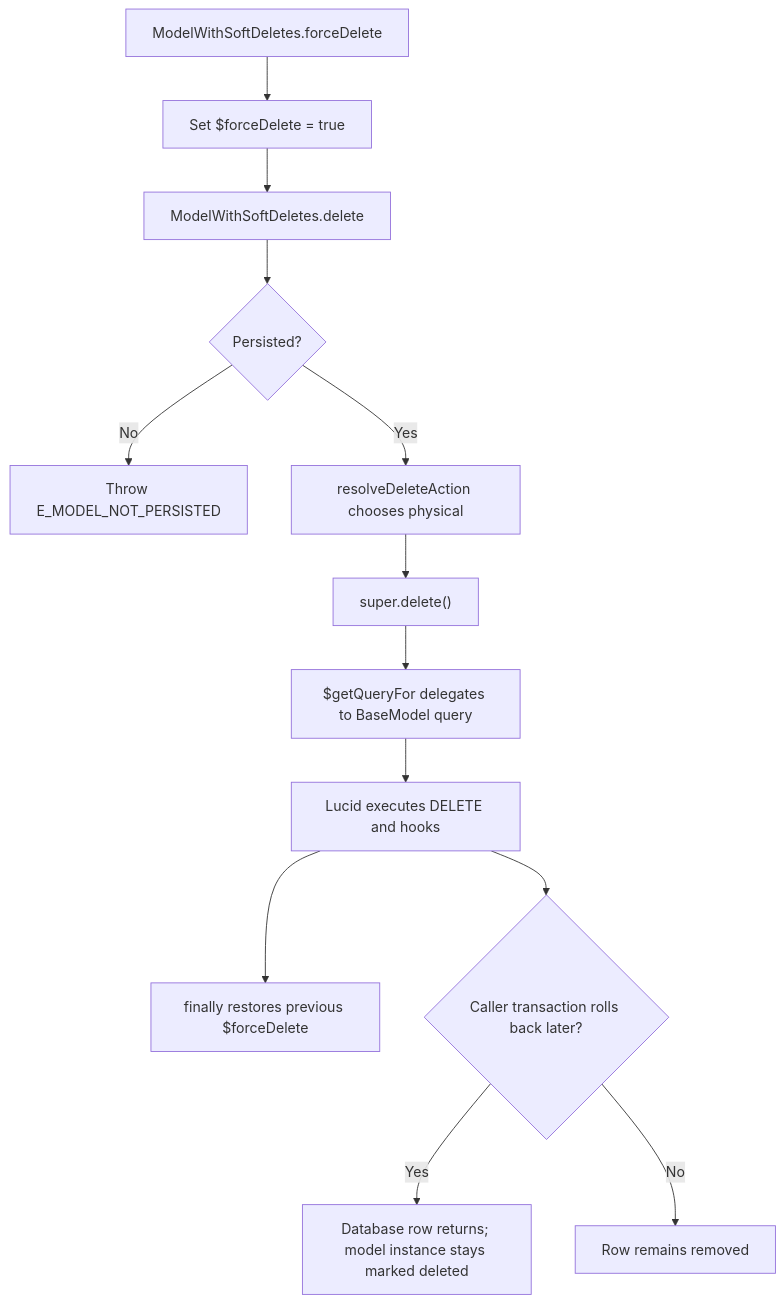
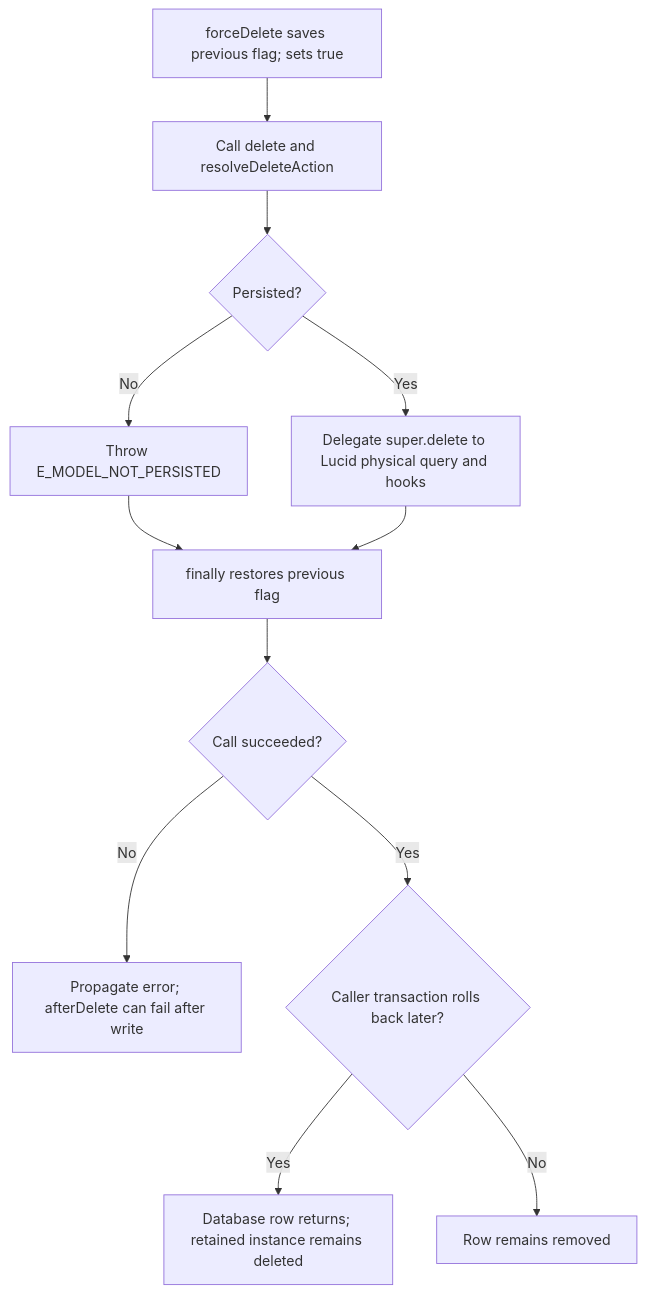
One commit to Kevinjohn/oss-adonisjs-lucid-soft-delete changed the second of 2 diagrams in user-stories/purge-instance/us-app-04-purge-instance.md. Above: the diagram before and after it, drawn with Mermaid. The commit also changed 26 other files, not shown here.

````diff
--- a/user-stories/purge-instance/us-app-04-purge-instance.md
+++ b/user-stories/purge-instance/us-app-04-purge-instance.md
@@ -37,15 +37,11 @@
 ```mermaid
 flowchart TD
-    A["ModelWithSoftDeletes.forceDelete"] --> B["Set $forceDelete = true"]
-    B --> C["ModelWithSoftDeletes.delete"]
-    C --> U{"Persisted?"}
-    U -->|"No"| V["Throw E_MODEL_NOT_PERSISTED"]
-    U -->|"Yes"| D["resolveDeleteAction chooses physical"]
-    D --> E["super.delete()"]
-    E --> F["$getQueryFor delegates to BaseModel query"]
-    F --> G["Lucid executes DELETE and hooks"]
-    G --> H["finally restores previous $forceDelete"]
-    G --> I{"Caller transaction rolls back later?"}
-    I -->|Yes| J["Database row returns; model instance stays marked deleted"]
+    A["forceDelete saves previous flag; sets true"] --> B["Call delete and resolveDeleteAction"] --> C{"Persisted?"}
+    C -->|No| D["Throw E_MODEL_NOT_PERSISTED"] --> F["finally restores previous flag"]
+    C -->|Yes| E["Delegate super.delete to Lucid physical query and hooks"] --> F
+    F --> G{"Call succeeded?"}
+    G -->|No| H["Propagate error; afterDelete can fail after write"]
+    G -->|Yes| I{"Caller transaction rolls back later?"}
+    I -->|Yes| J["Database row returns; retained instance remains deleted"]
     I -->|No| K["Row remains removed"]
 ```
````
